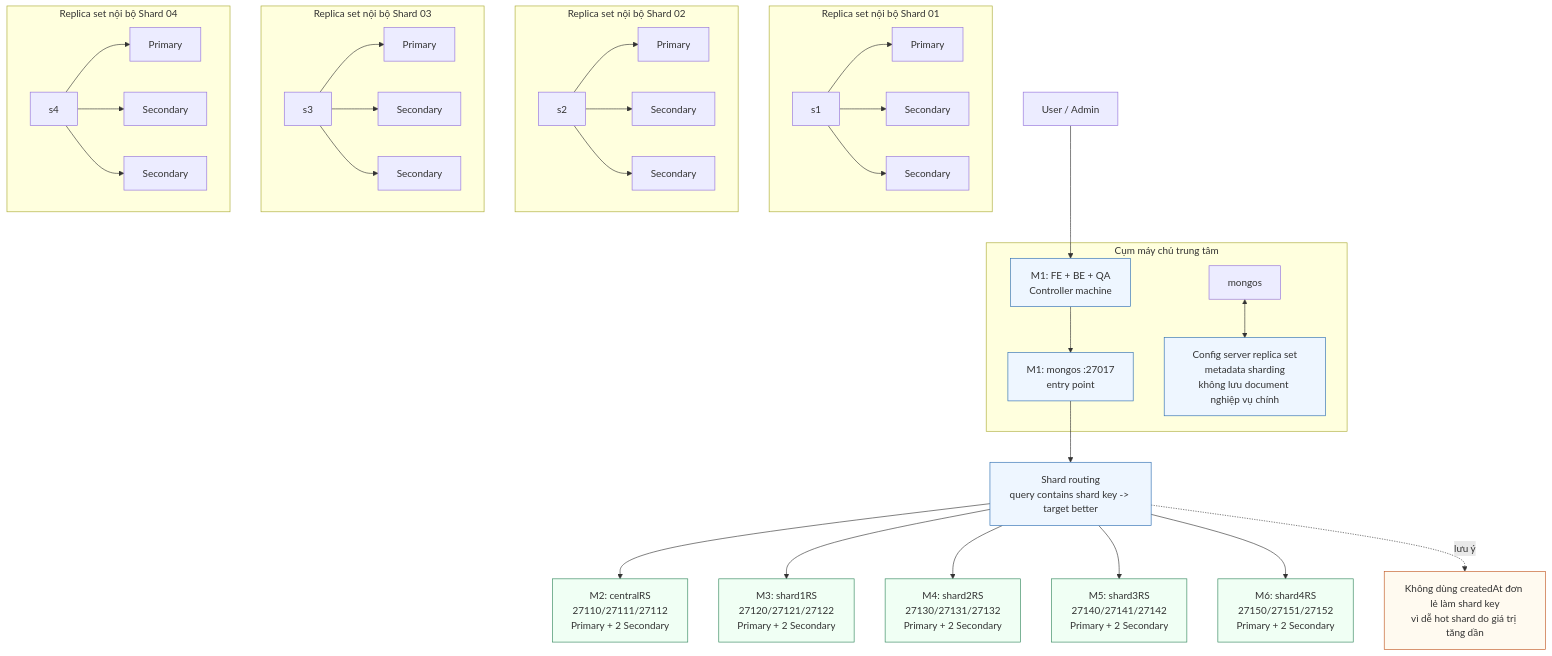
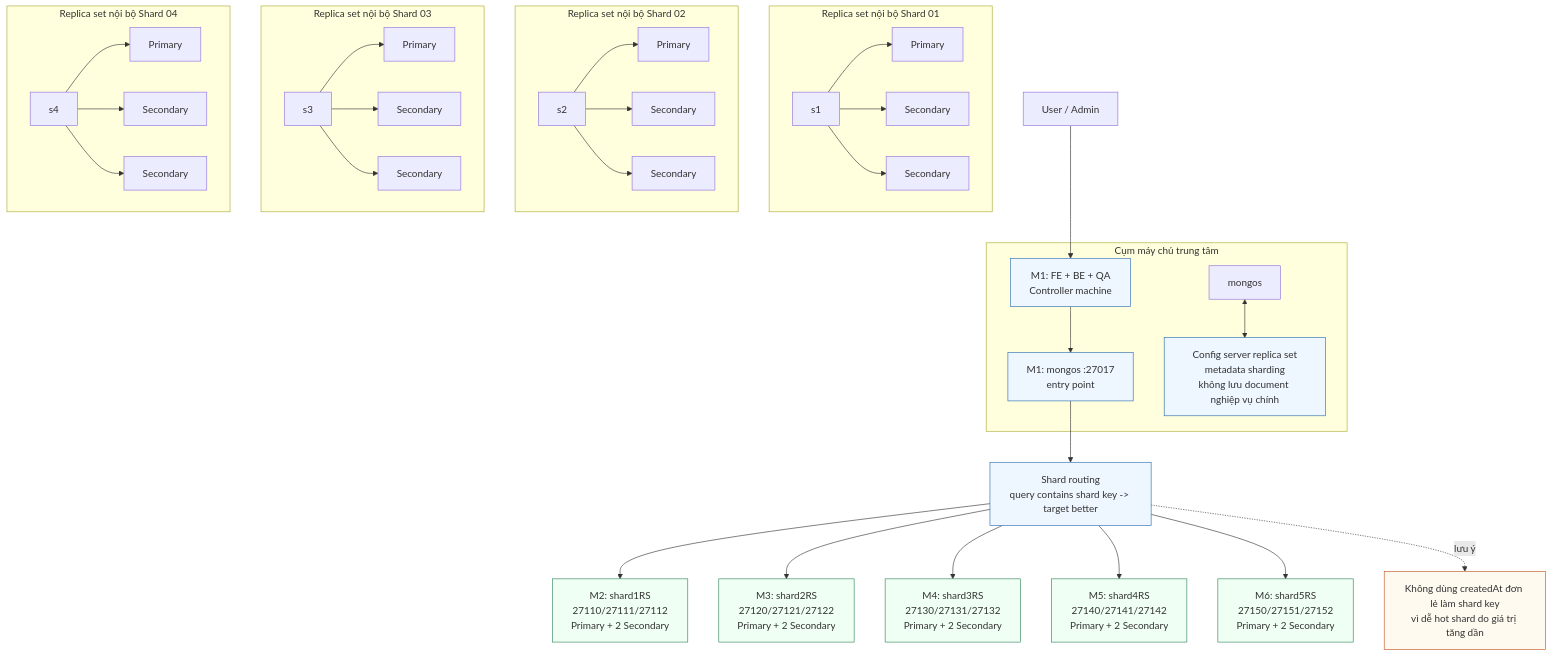
Before and after one commit to Sagitoaz/CSDLPT: the first of 18 diagrams in huong-dan/Thiết kế csdl/16-thiet-ke-csdl-mongodb.md, drawn with Mermaid. The commit also changed other lines of this file and 5 other files, not shown here.

````diff
--- a/huong-dan/Thiết kế csdl/16-thiet-ke-csdl-mongodb.md
+++ b/huong-dan/Thiết kế csdl/16-thiet-ke-csdl-mongodb.md
@@ -109,51 +109,51 @@
 ```mermaid
 flowchart TB
     user["User / Admin"] --> m1_app["M1: FE + BE + QA<br/>Controller machine"]
 
     subgraph central["Cụm máy chủ trung tâm"]
         m1_app --> m1_mongos["M1: mongos :27017<br/>entry point"]
         mongos <--> cfg["Config server replica set<br/>metadata sharding<br/>không lưu document nghiệp vụ chính"]
     end
 
     m1_mongos --> route["Shard routing<br/>query contains shard key -> target better"]
 
-    route --> m2["M2: centralRS<br/>27110/27111/27112<br/>Primary + 2 Secondary"]
-    route --> m3["M3: shard1RS<br/>27120/27121/27122<br/>Primary + 2 Secondary"]
-    route --> m4["M4: shard2RS<br/>27130/27131/27132<br/>Primary + 2 Secondary"]
-    route --> m5["M5: shard3RS<br/>27140/27141/27142<br/>Primary + 2 Secondary"]
-    route --> m6["M6: shard4RS<br/>27150/27151/27152<br/>Primary + 2 Secondary"]
+    route --> m2["M2: shard1RS<br/>27110/27111/27112<br/>Primary + 2 Secondary"]
+    route --> m3["M3: shard2RS<br/>27120/27121/27122<br/>Primary + 2 Secondary"]
+    route --> m4["M4: shard3RS<br/>27130/27131/27132<br/>Primary + 2 Secondary"]
+    route --> m5["M5: shard4RS<br/>27140/27141/27142<br/>Primary + 2 Secondary"]
+    route --> m6["M6: shard5RS<br/>27150/27151/27152<br/>Primary + 2 Secondary"]
 
     subgraph rs1["Replica set nội bộ Shard 01"]
         s1 --> s1p["Primary"]
         s1 --> s1r1["Secondary"]
         s1 --> s1r2["Secondary"]
     end
 
     subgraph rs2["Replica set nội bộ Shard 02"]
         s2 --> s2p["Primary"]
         s2 --> s2r1["Secondary"]
         s2 --> s2r2["Secondary"]
     end
 
     subgraph rs3["Replica set nội bộ Shard 03"]
         s3 --> s3p["Primary"]
         s3 --> s3r1["Secondary"]
         s3 --> s3r2["Secondary"]
     end
 
     subgraph rs4["Replica set nội bộ Shard 04"]
         s4 --> s4p["Primary"]
         s4 --> s4r1["Secondary"]
         s4 --> s4r2["Secondary"]
     end
 
     warn["Không dùng createdAt đơn lẻ làm shard key<br/>vì dễ hot shard do giá trị tăng dần"]
     route -. lưu ý .-> warn
 
     classDef central fill:#eef6ff,stroke:#2b6cb0,stroke-width:1px;
     classDef shard fill:#f0fff4,stroke:#2f855a,stroke-width:1px;
     classDef warn fill:#fffaf0,stroke:#c05621,stroke-width:1px;
     class m1_app,m1_mongos,cfg,route central;
     class m2,m3,m4,m5,m6 shard;
     class warn warn;
 ```
````
